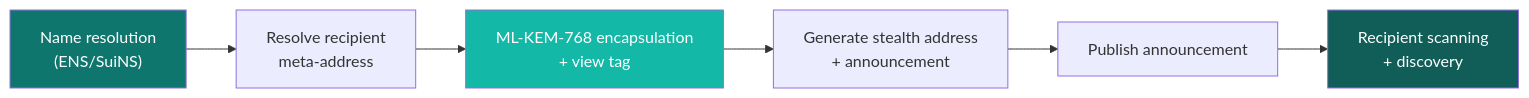
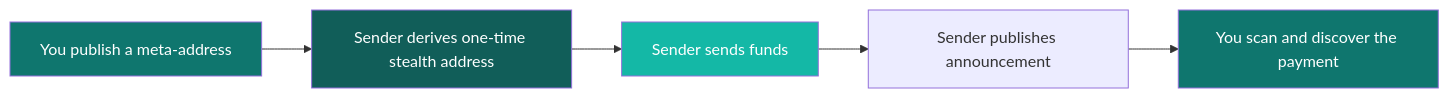
One commit to specter-privacy/docs changed the diagram in index.mdx. Above: the diagram before and after it, drawn with Mermaid. The commit also changed other lines of this file and 26 other files, not shown here.

````diff
--- a/index.mdx
+++ b/index.mdx
@@ -31,12 +41,12 @@
 ```mermaid
 flowchart LR
-    A["Name resolution\n(ENS/SuiNS)"] --> B["Resolve recipient\nmeta-address"]
-    B --> C["ML-KEM-768 encapsulation\n+ view tag"]
-    C --> D["Generate stealth address\n+ announcement"]
-    D --> E["Publish announcement"]
-    E --> F["Recipient scanning\n+ discovery"]
+    A["You publish a meta-address"] --> B["Sender derives one-time stealth address"]
+    B --> C["Sender sends funds"]
+    C --> D["Sender publishes announcement"]
+    D --> E["You scan and discover the payment"]
 
     style A fill:#0f766e,color:#fff
+    style B fill:#115e59,color:#fff
     style C fill:#14b8a6,color:#fff
-    style F fill:#115e59,color:#fff
+    style E fill:#0f766e,color:#fff
 ```
````
